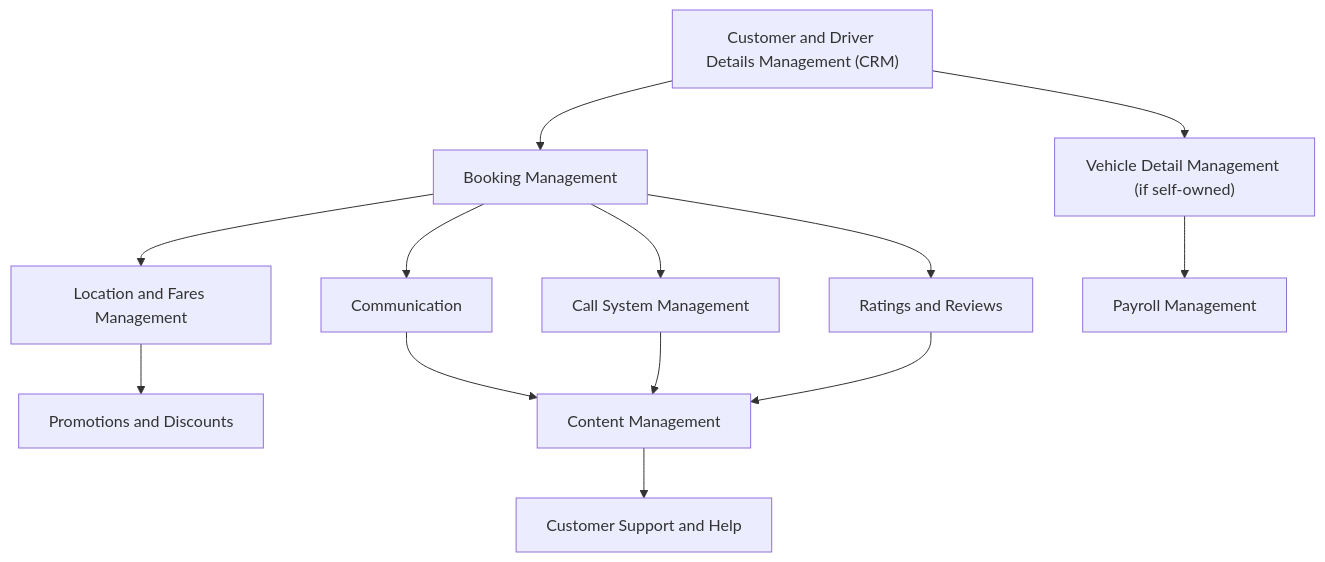
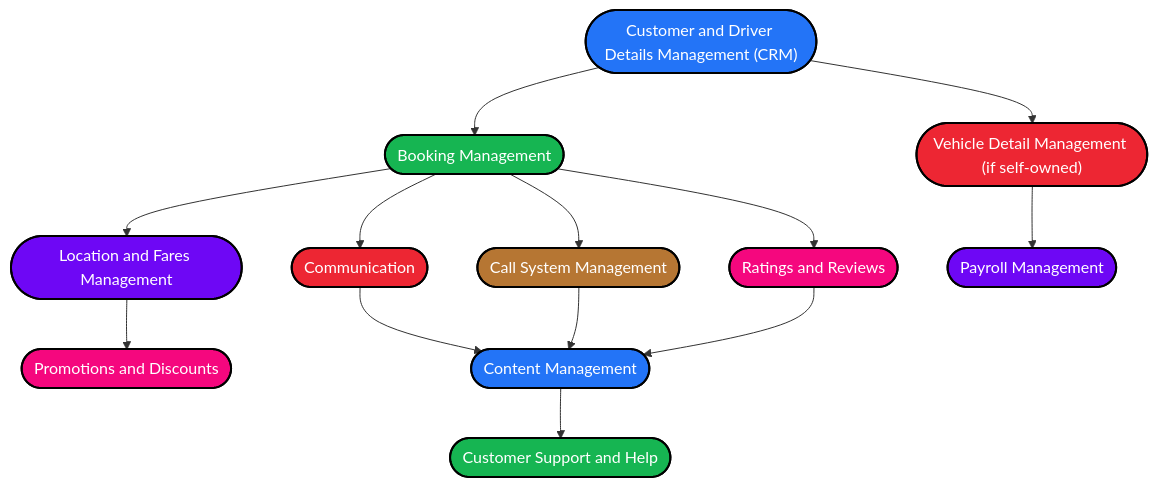
The fourth of 7 diagrams in README.md (vividblueprint/SE-RideSharingService-architecture), drawn with Mermaid before and after one commit. The commit also changed other lines of this file, not shown here.

Commit message:
diagram color added

````diff
--- a/README.md
+++ b/README.md
@@ -262,15 +264,24 @@
 ```mermaid
 graph TD;
-    A["Customer and Driver Details Management (CRM)"] --> B[Booking Management];
-    A --> C["Vehicle Detail Management (if self-owned)"];
-    B --> D[Location and Fares Management];
-    B --> E[Call System Management];
-    B --> F[Communication];
-    B --> G[Ratings and Reviews];
-    D --> H[Promotions and Discounts];
-    C --> I[Payroll Management];
-    F --> J[Content Management];
-    E --> J;
-    G --> J;
-    J --> K[Customer Support and Help];
+    A(["Customer and Driver Details Management (CRM)"]) --> B([Booking Management]);
+    A:::blue --> C(["Vehicle Detail Management (if self-owned)"]);
+    B:::green --> D([Location and Fares Management]):::violate;
+    B --> E([Call System Management]);
+    B --> F([Communication]);
+    B --> G([Ratings and Reviews]);
+    D --> H([Promotions and Discounts]):::pink;
+    C:::red --> I([Payroll Management]):::violate;
+    F:::red --> J([Content Management]):::blue;
+    E:::broune --> J;
+    G:::pink --> J;
+    J --> K([Customer Support and Help]):::green;
+
+    
+    classDef blue fill:#2374f7,stroke:#000,stroke-width:2px,color:#fff;
+    classDef orange fill:#fc822b,stroke:#000,stroke-width:2px,color:#fff;
+    classDef green fill:#16b552,stroke:#000,stroke-width:2px,color:#fff;
+    classDef red fill:#ed2633,stroke:#000,stroke-width:2px,color:#fff;
+    classDef broune fill:#b67633,stroke:#000,stroke-width:2px,color:#fff;
+    classDef violate fill:#6e07f5,stroke:#000,stroke-width:2px,color:#fff;
+    classDef pink fill:#f5077e,stroke:#000,stroke-width:2px,color:#fff;
 ```
````
